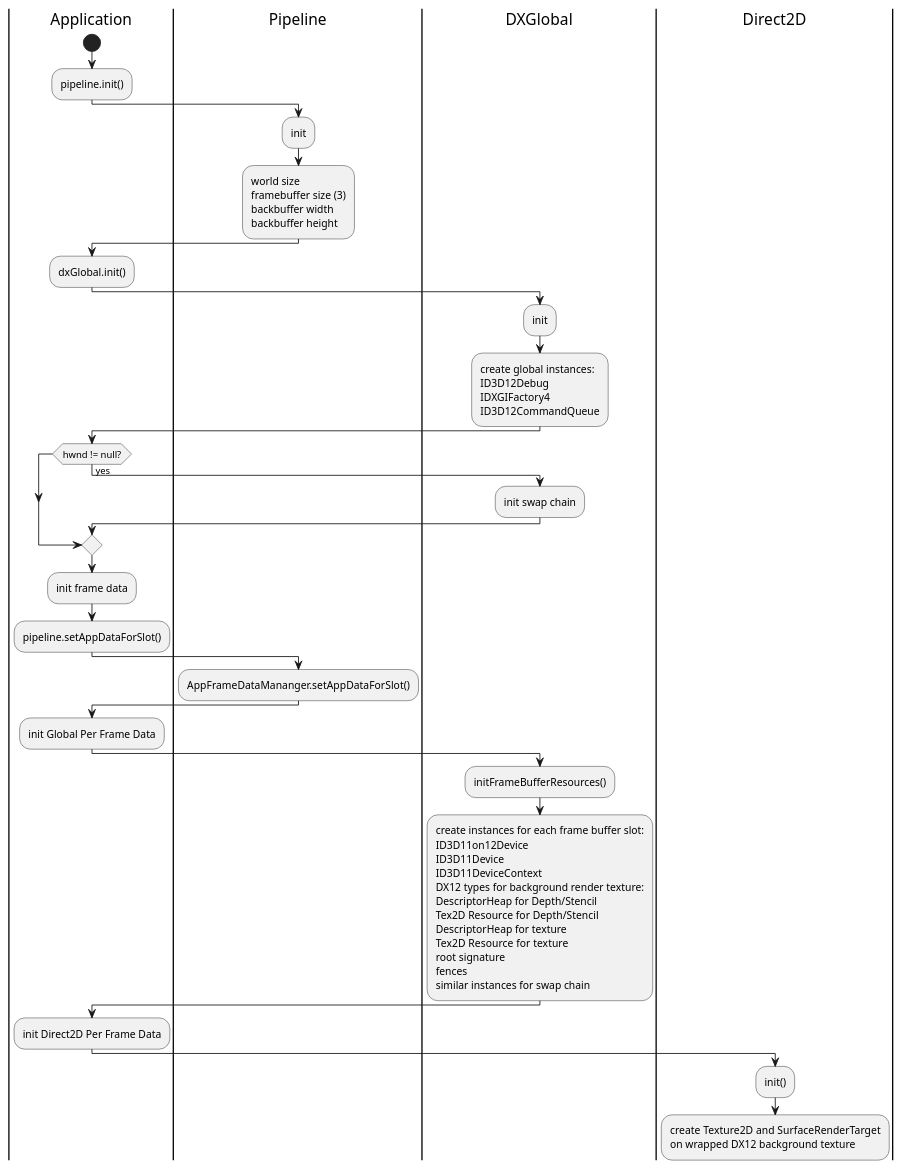
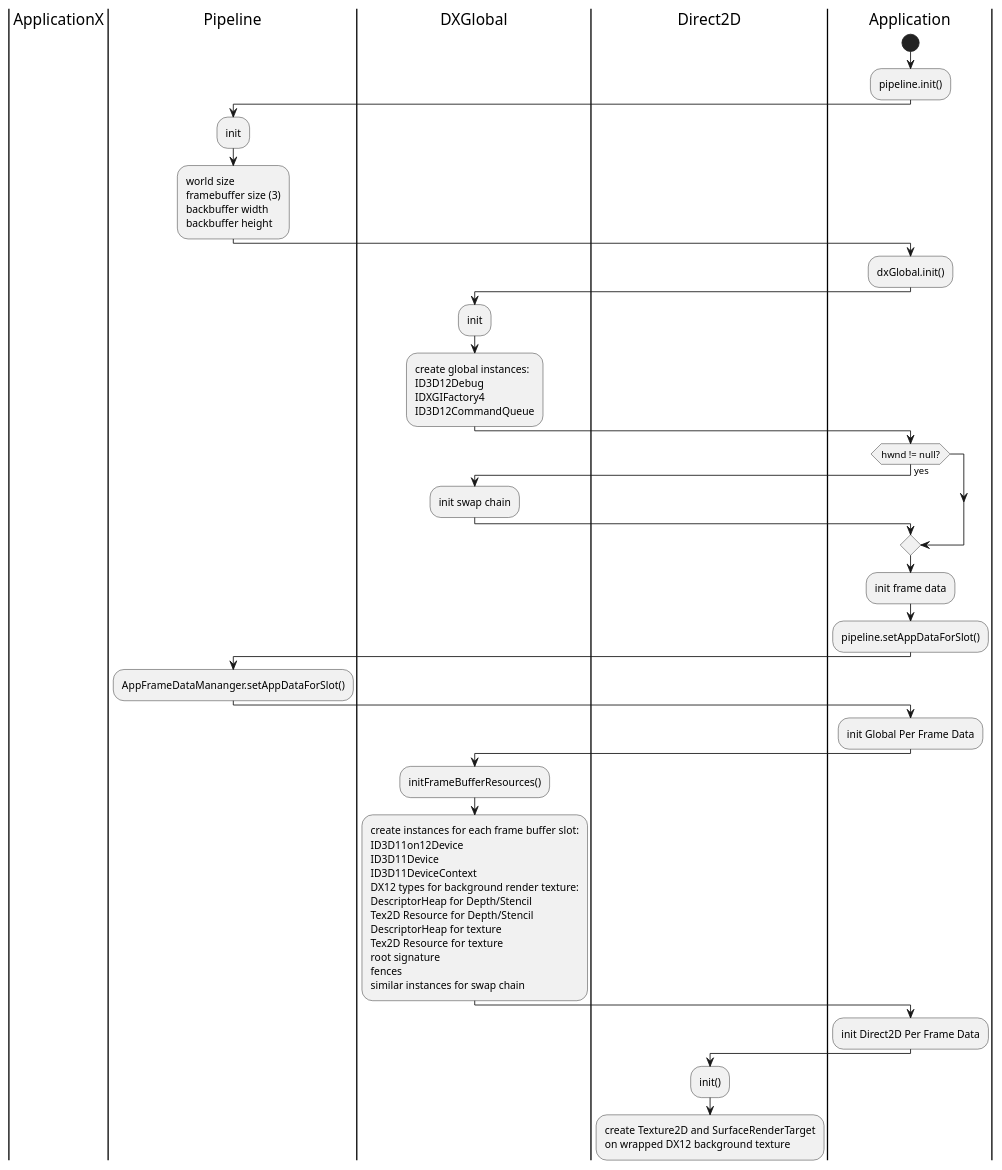
One commit to ClemensX/ShadedPath12 changed the diagram in README_ARCH.md. Above: the diagram before and after it, drawn with PlantUML.

````diff
--- a/README_ARCH.md
+++ b/README_ARCH.md
@@ -8,57 +8,57 @@
 ```plantuml
 @startuml
-|Application|
+|ApplicationX|
 |Pipeline|
 |DXGlobal|
 |Direct2D|
     |Application|
     start
     :pipeline.init();
     |Pipeline|
     :init;
     :world size
     framebuffer size (3)
     backbuffer width
     backbuffer height;
     |Application|
     :dxGlobal.init();
     |DXGlobal|
     :init;
     :create global instances:
     ID3D12Debug
     IDXGIFactory4
     ID3D12CommandQueue;
     |Application|
     if (hwnd != null?) then (yes)
         |DXGlobal|
         :init swap chain;
     endif
     |Application|
     :init frame data;
     :pipeline.setAppDataForSlot();
     |Pipeline|
     :AppFrameDataMananger.setAppDataForSlot();
     |Application|
     :init Global Per Frame Data;
     |DXGlobal|
     :initFrameBufferResources();
     :create instances for each frame buffer slot:
     ID3D11on12Device
     ID3D11Device
     ID3D11DeviceContext
     DX12 types for background render texture:
     DescriptorHeap for Depth/Stencil
     Tex2D Resource for Depth/Stencil
     DescriptorHeap for texture
     Tex2D Resource for texture
     root signature
     fences
     similar instances for swap chain;
     |Application|
     :init Direct2D Per Frame Data;
     |Direct2D|
     :init();
     :create Texture2D and SurfaceRenderTarget
     on wrapped DX12 background texture;
 @enduml
 ```
````
